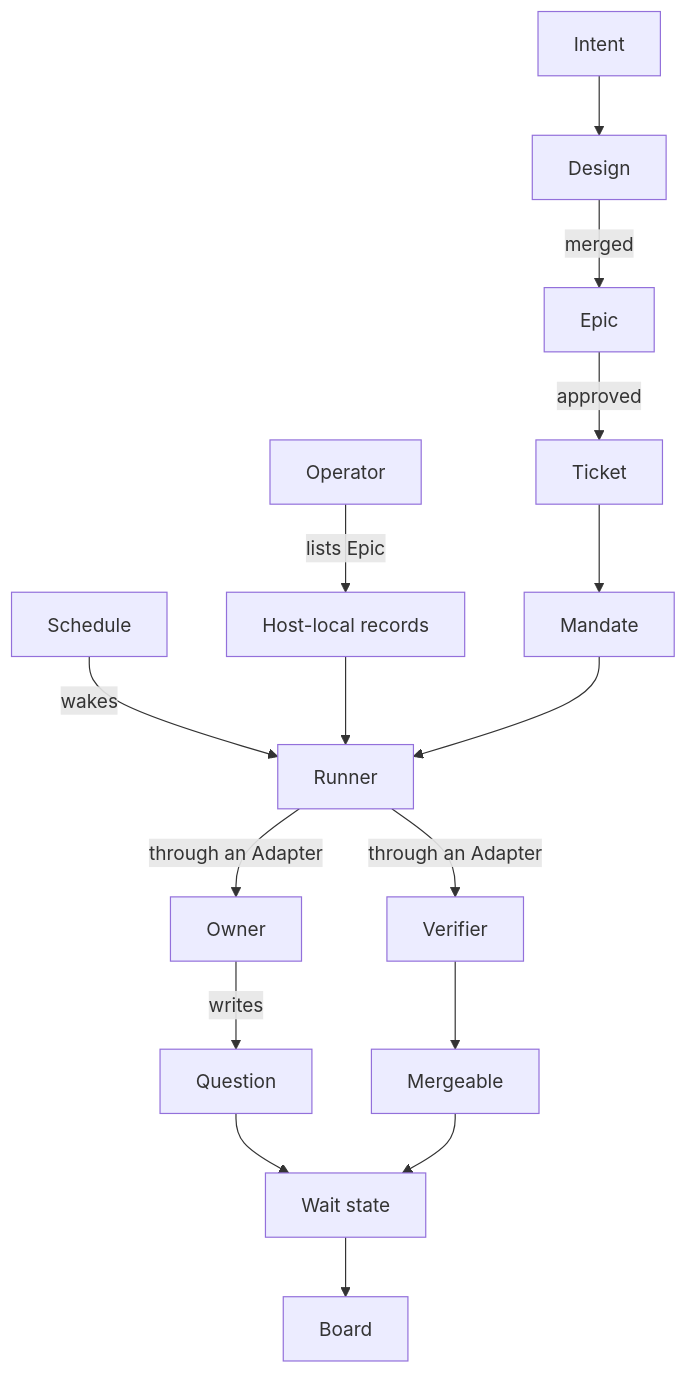
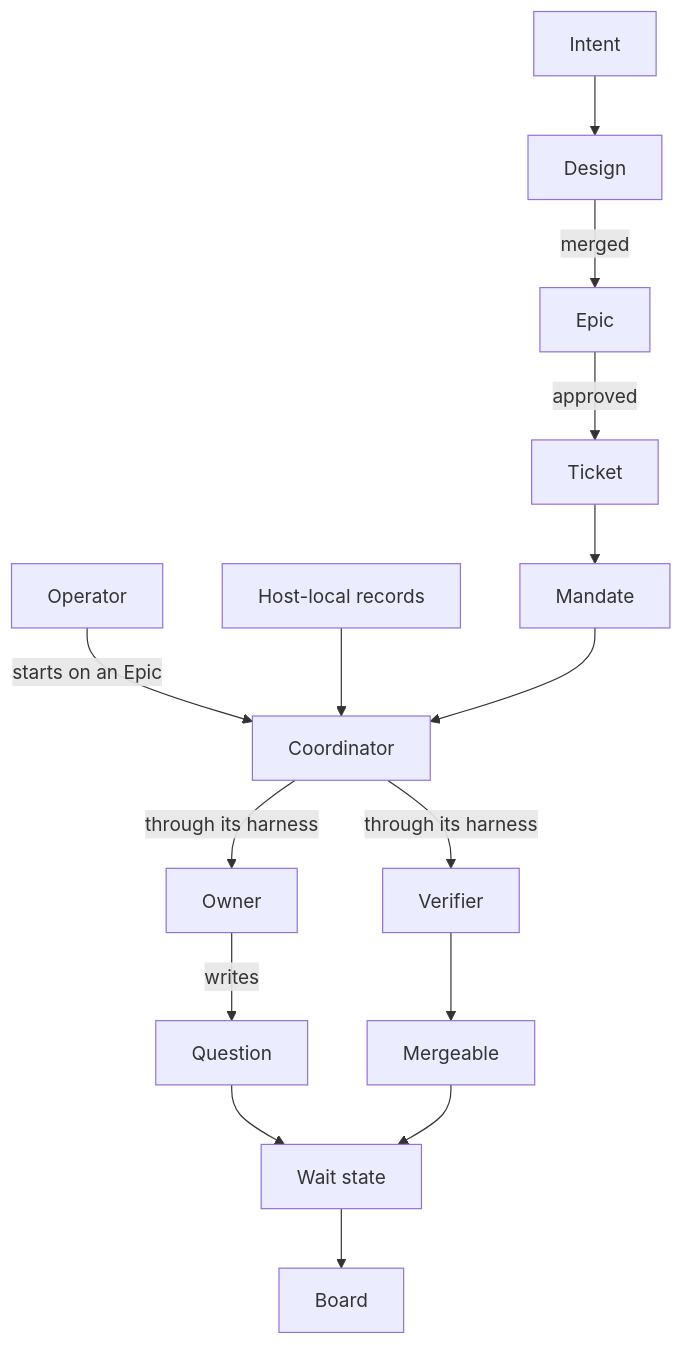
One commit to maro114510/skills changed the second of 5 diagrams in docs/design/development-pipeline.md. Above: the diagram before and after it, drawn with Mermaid. The commit also changed other lines of this file and 2 other files, not shown here.

First line of the commit message:
docs(orchestrate-epic): remove the Runner and stale statements

````diff
--- a/docs/design/development-pipeline.md
+++ b/docs/design/development-pipeline.md
@@ -34,18 +34,17 @@
 ```mermaid
 flowchart TB
   Intent --> Design
   Design -->|merged| Epic
   Epic -->|approved| Ticket
   Ticket --> Mandate
-  Operator -->|lists Epic| Records[Host-local records]
-  Schedule -->|wakes| Runner
-  Records --> Runner
-  Mandate --> Runner
-  Runner -->|through an Adapter| Owner
-  Runner -->|through an Adapter| Verifier
+  Operator -->|starts on an Epic| Coordinator
+  Records[Host-local records] --> Coordinator
+  Mandate --> Coordinator
+  Coordinator -->|through its harness| Owner
+  Coordinator -->|through its harness| Verifier
   Owner -->|writes| Question
   Question --> WaitState[Wait state]
   Verifier --> Mergeable
   Mergeable --> WaitState
   WaitState --> Board
 ```
````
